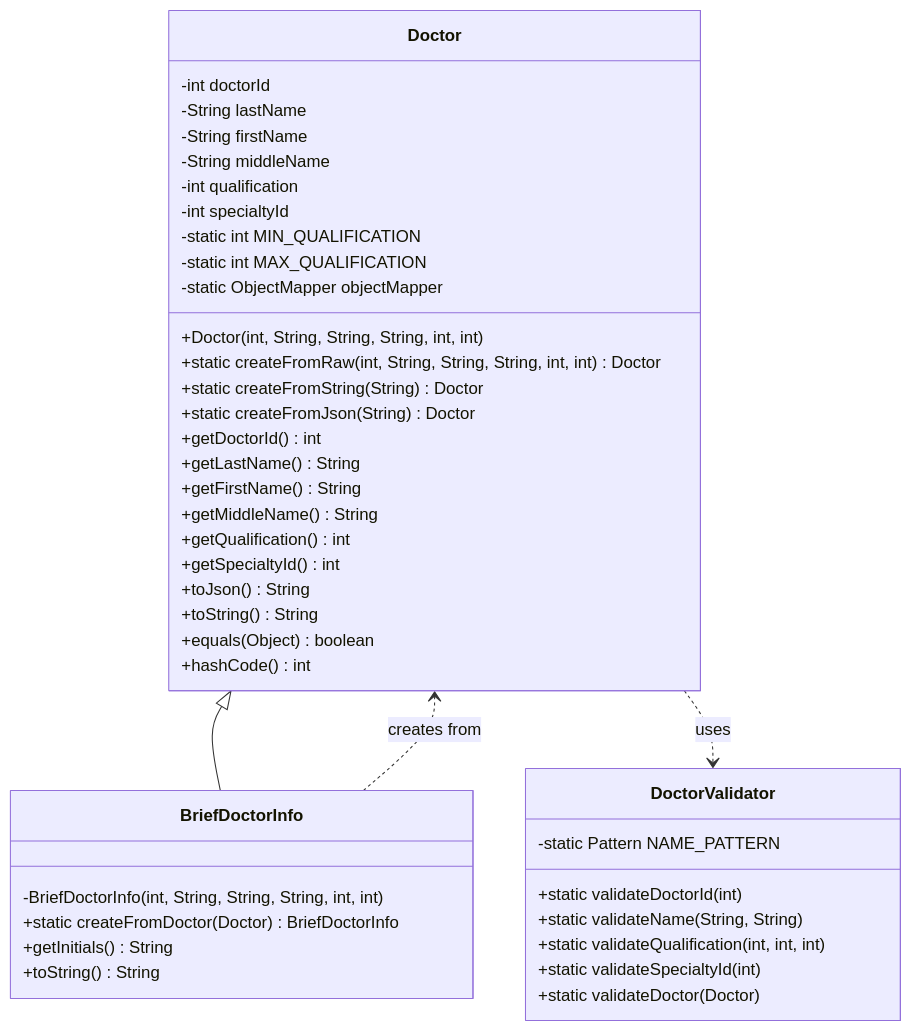
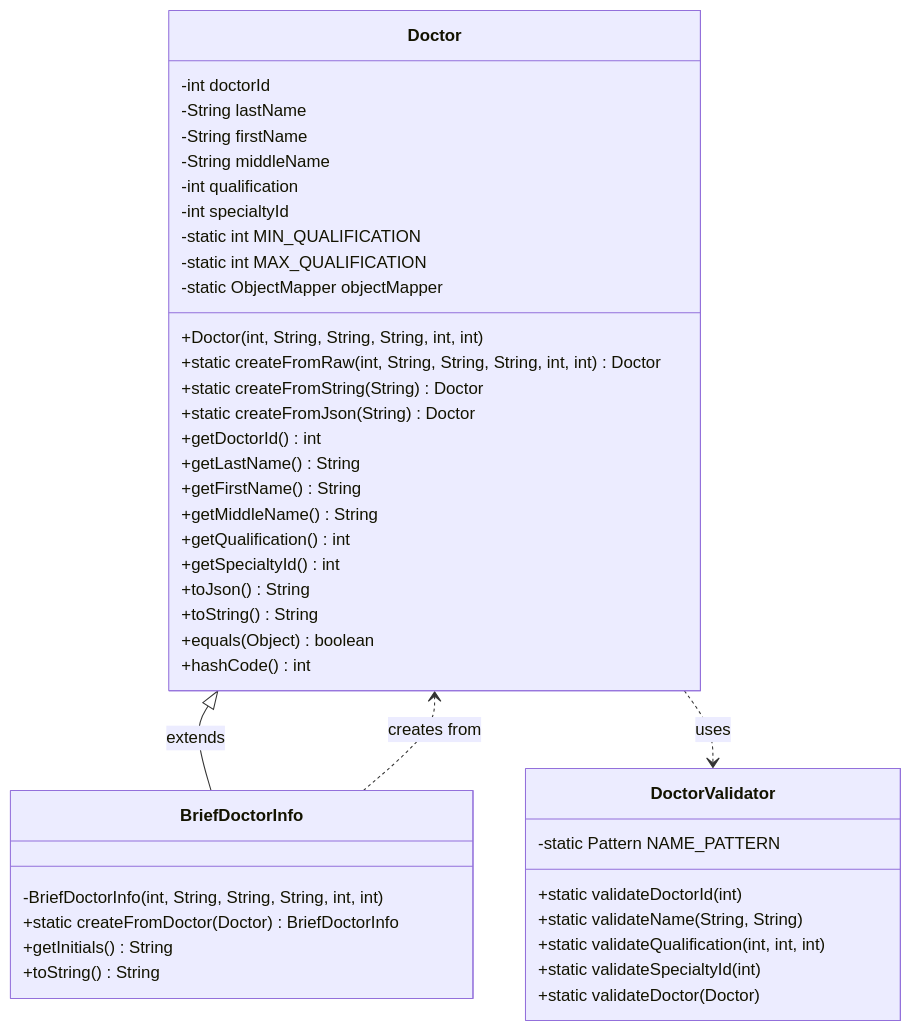
One commit to 0xEodum/OOP changed the second of 2 diagrams in README.md. Above: the diagram before and after it, drawn with Mermaid.

Commit message:
Изменение направления стрелки на диаграмме классов: От Doctor к Brief

````diff
--- a/README.md
+++ b/README.md
@@ -71,48 +71,48 @@
 ```mermaid
 classDiagram
     class Doctor {
         -int doctorId
         -String lastName
         -String firstName
         -String middleName
         -int qualification
         -int specialtyId
         -static int MIN_QUALIFICATION
         -static int MAX_QUALIFICATION
         -static ObjectMapper objectMapper
         +Doctor(int, String, String, String, int, int)
         +static createFromRaw(int, String, String, String, int, int) Doctor
         +static createFromString(String) Doctor
         +static createFromJson(String) Doctor
         +getDoctorId() int
         +getLastName() String
         +getFirstName() String
         +getMiddleName() String
         +getQualification() int
         +getSpecialtyId() int
         +toJson() String
         +toString() String
         +equals(Object) boolean
         +hashCode() int
     }
 
     class DoctorValidator {
         -static Pattern NAME_PATTERN
         +static validateDoctorId(int)
         +static validateName(String, String)
         +static validateQualification(int, int, int)
         +static validateSpecialtyId(int)
         +static validateDoctor(Doctor)
     }
 
     class BriefDoctorInfo {
         -BriefDoctorInfo(int, String, String, String, int, int)
         +static createFromDoctor(Doctor) BriefDoctorInfo
         +getInitials() String
         +toString() String
     }
 
-    Doctor <|-- BriefDoctorInfo
+    Doctor <|-- BriefDoctorInfo : extends
     Doctor ..> DoctorValidator : uses
     BriefDoctorInfo ..> Doctor : creates from
 ```
````
